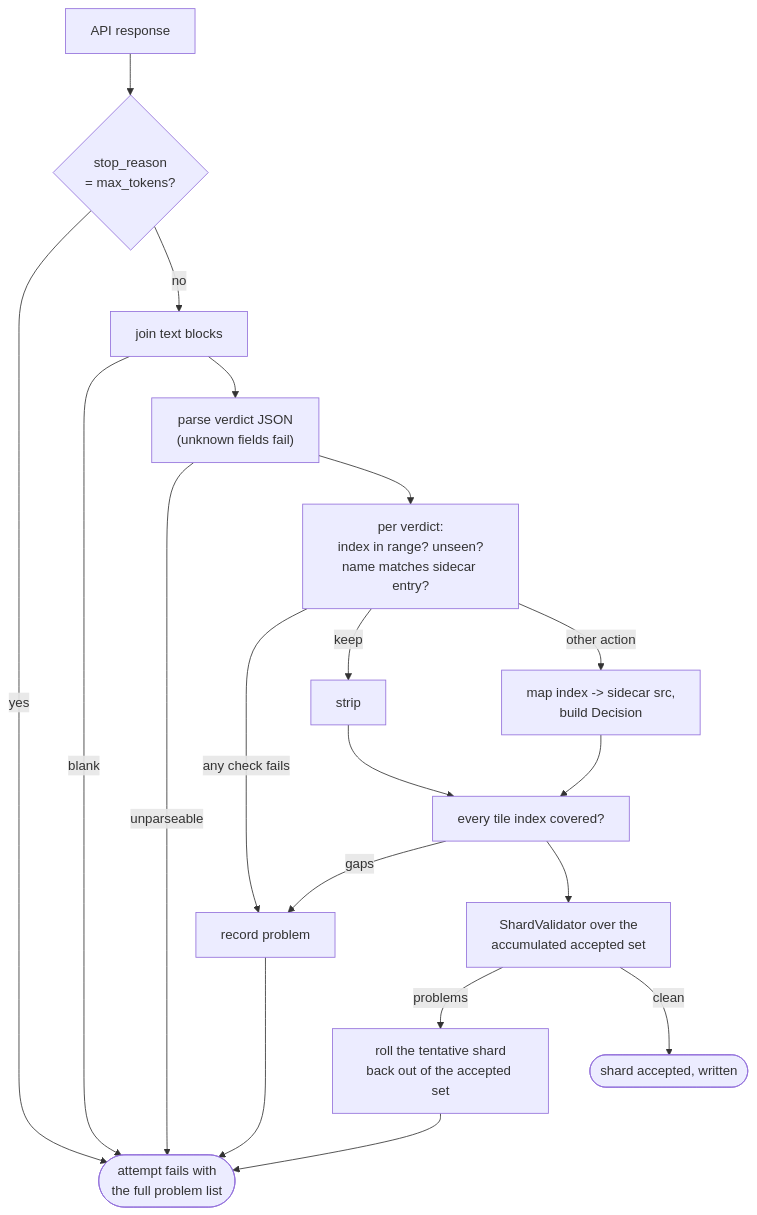
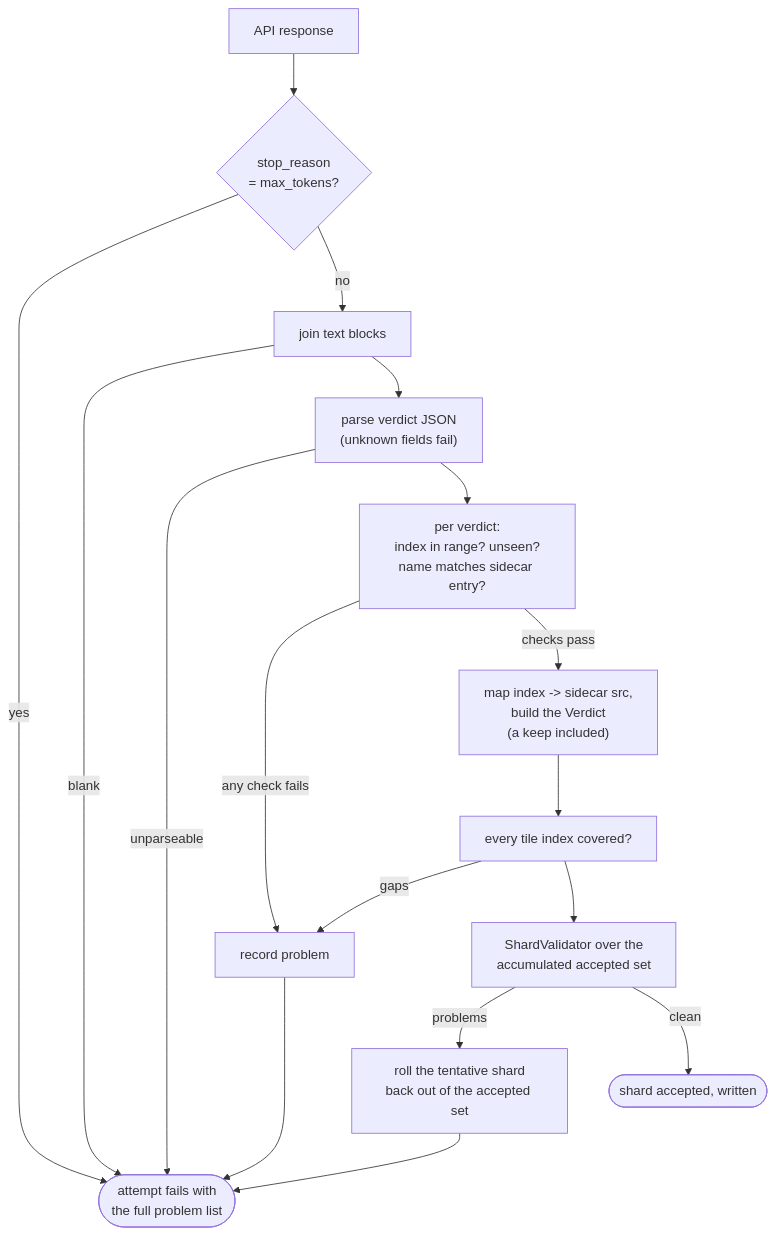
One commit to AdrianNachev91/sluice changed the third of 4 diagrams in app/docs/design/adapter/vision/anthropic-culler.md. Above: the diagram before and after it, drawn with Mermaid. The commit also changed other lines of this file and 316 other files, not shown here.

````diff
--- a/app/docs/design/adapter/vision/anthropic-culler.md
+++ b/app/docs/design/adapter/vision/anthropic-culler.md
@@ -84,21 +93,19 @@
 ```mermaid
 flowchart TD
     A["API response"] --> A2{"stop_reason<br/>= max_tokens?"}
     A2 -- yes --> X
     A2 -- no --> B["join text blocks"]
     B -- blank --> X(["attempt fails with<br/>the full problem list"])
     B --> C["parse verdict JSON<br/>(unknown fields fail)"]
     C -- unparseable --> X
     C --> D["per verdict:<br/>index in range? unseen?<br/>name matches sidecar entry?"]
     D -- any check fails --> P["record problem"]
-    D -- keep --> E["strip"]
-    D -- other action --> F["map index -> sidecar src,<br/>build Decision"]
+    D -- checks pass --> F["map index -> sidecar src,<br/>build the Verdict<br/>(a keep included)"]
     F --> G["every tile index covered?"]
-    E --> G
     G -- gaps --> P
     P --> X
     G --> H["ShardValidator over the<br/>accumulated accepted set"]
     H -- problems --> R["roll the tentative shard<br/>back out of the accepted set"]
     R --> X
     H -- clean --> I(["shard accepted, written"])
 ```
````
